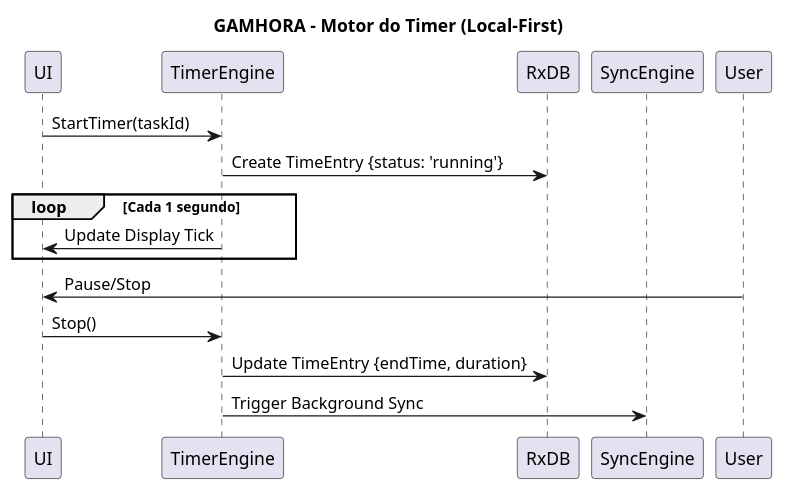
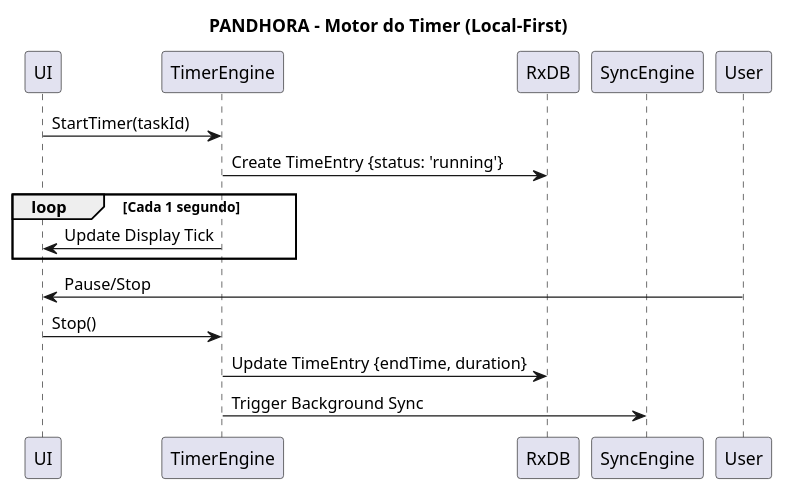
One commit to Gustavohps10/gamhora changed the diagram in docs/srs/diagrams/puml/flow/diagram-flow-001-timer.puml. Above: the diagram before and after it, drawn with PlantUML. The commit also changed 317 other files, not shown here.

```diff
--- a/docs/srs/diagrams/puml/flow/diagram-flow-001-timer.puml
+++ b/docs/srs/diagrams/puml/flow/diagram-flow-001-timer.puml
@@ -1,17 +1,17 @@
 @startuml TimerFlow
-title GAMHORA - Motor do Timer (Local-First)
+title PANDHORA - Motor do Timer (Local-First)
 participant UI
 participant TimerEngine
 participant RxDB
 participant SyncEngine
 
 UI -> TimerEngine: StartTimer(taskId)
 TimerEngine -> RxDB: Create TimeEntry {status: 'running'}
 loop Cada 1 segundo
     TimerEngine -> UI: Update Display Tick
 end
 User -> UI: Pause/Stop
 UI -> TimerEngine: Stop()
 TimerEngine -> RxDB: Update TimeEntry {endTime, duration}
 TimerEngine -> SyncEngine: Trigger Background Sync
 @enduml
```
